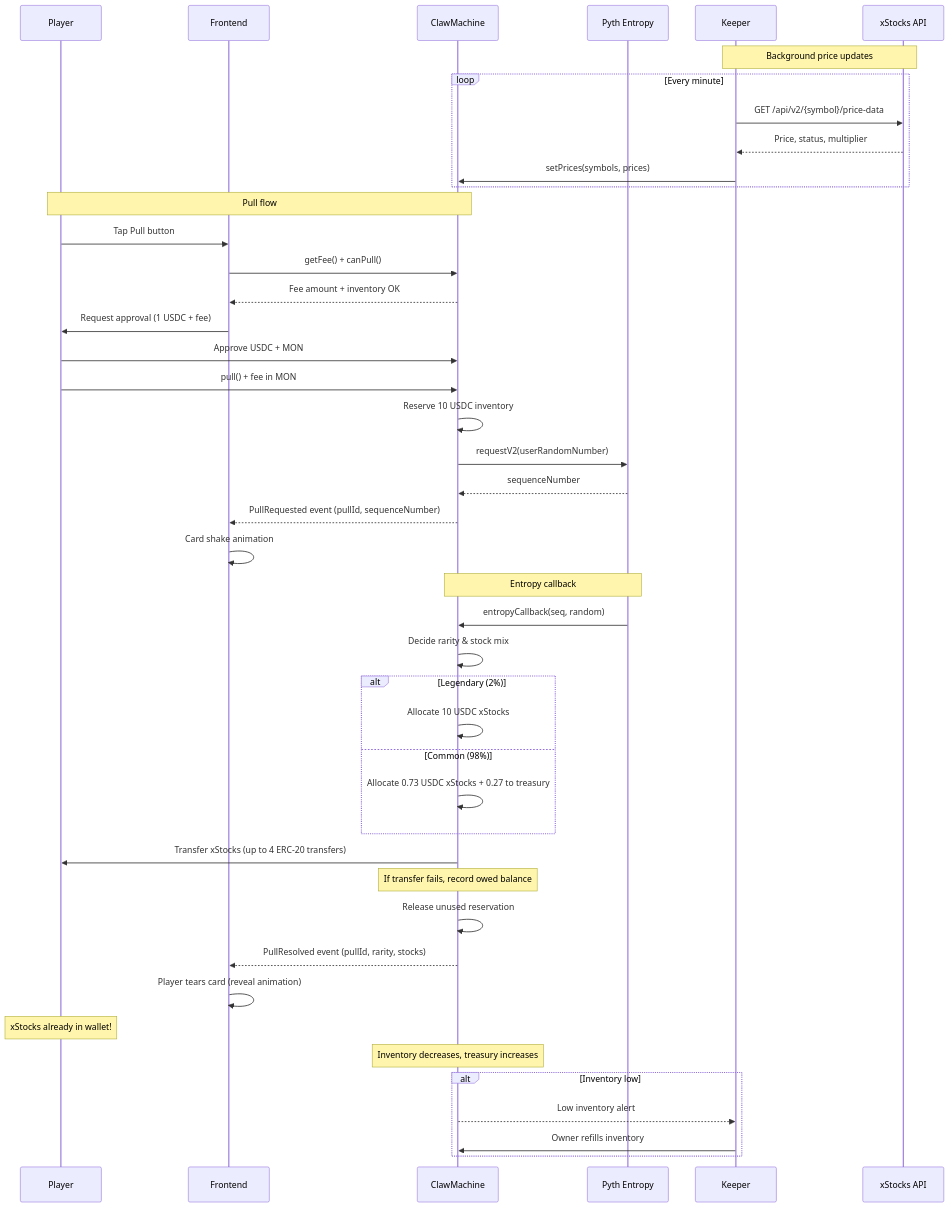
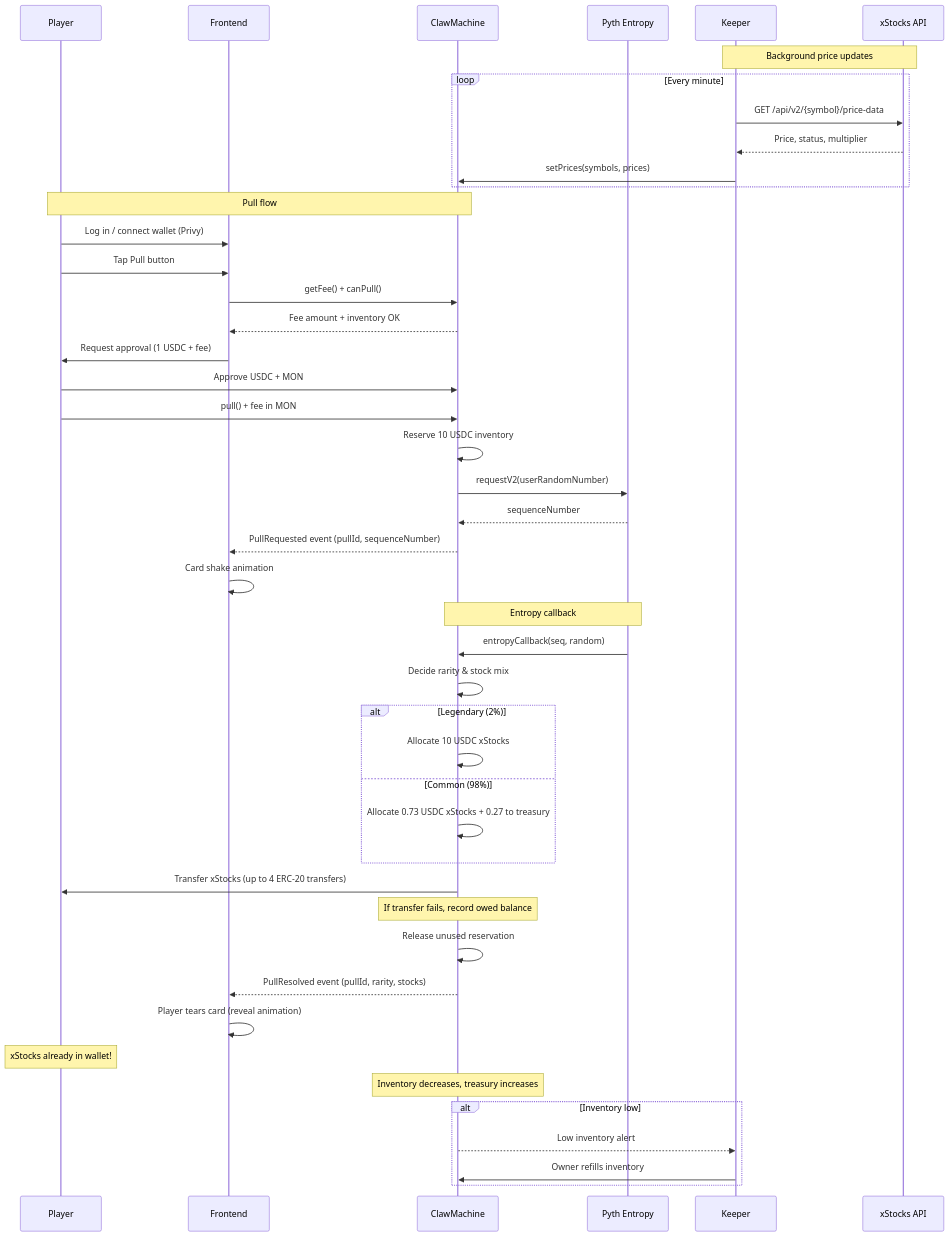
The second of 2 diagrams in plan.md (AyushBherwani1998/gachamon), drawn with Mermaid before and after one commit. The commit also changed other lines of this file, not shown here.

Commit message:
docs: add Privy wallet connection to plan

````diff
--- a/plan.md
+++ b/plan.md
@@ -101,51 +109,52 @@
 ```mermaid
 sequenceDiagram
     participant Player
     participant Frontend
     participant ClawMachine
     participant Pyth Entropy
     participant Keeper
     participant xStocks API
 
     Note over Keeper,xStocks API: Background price updates
     loop Every minute
         Keeper->>xStocks API: GET /api/v2/{symbol}/price-data
         xStocks API-->>Keeper: Price, status, multiplier
         Keeper->>ClawMachine: setPrices(symbols, prices)
     end
 
     Note over Player,ClawMachine: Pull flow
+    Player->>Frontend: Log in / connect wallet (Privy)
     Player->>Frontend: Tap Pull button
     Frontend->>ClawMachine: getFee() + canPull()
     ClawMachine-->>Frontend: Fee amount + inventory OK
     Frontend->>Player: Request approval (1 USDC + fee)
     Player->>ClawMachine: Approve USDC + MON
     Player->>ClawMachine: pull() + fee in MON
     ClawMachine->>ClawMachine: Reserve 10 USDC inventory
     ClawMachine->>Pyth Entropy: requestV2(userRandomNumber)
     Pyth Entropy-->>ClawMachine: sequenceNumber
     ClawMachine-->>Frontend: PullRequested event (pullId, sequenceNumber)
     Frontend->>Frontend: Card shake animation
 
     Note over Pyth Entropy,ClawMachine: Entropy callback
     Pyth Entropy->>ClawMachine: entropyCallback(seq, random)
     ClawMachine->>ClawMachine: Decide rarity & stock mix
     alt Legendary (2%)
         ClawMachine->>ClawMachine: Allocate 10 USDC xStocks
     else Common (98%)
         ClawMachine->>ClawMachine: Allocate 0.73 USDC xStocks + 0.27 to treasury
     end
     ClawMachine->>Player: Transfer xStocks (up to 4 ERC-20 transfers)
     Note over ClawMachine: If transfer fails, record owed balance
     ClawMachine->>ClawMachine: Release unused reservation
     ClawMachine-->>Frontend: PullResolved event (pullId, rarity, stocks)
 
     Frontend->>Frontend: Player tears card (reveal animation)
     Note over Player: xStocks already in wallet!
 
     Note over ClawMachine: Inventory decreases, treasury increases
     alt Inventory low
         ClawMachine-->>Keeper: Low inventory alert
         Keeper->>ClawMachine: Owner refills inventory
     end
 ```
````
